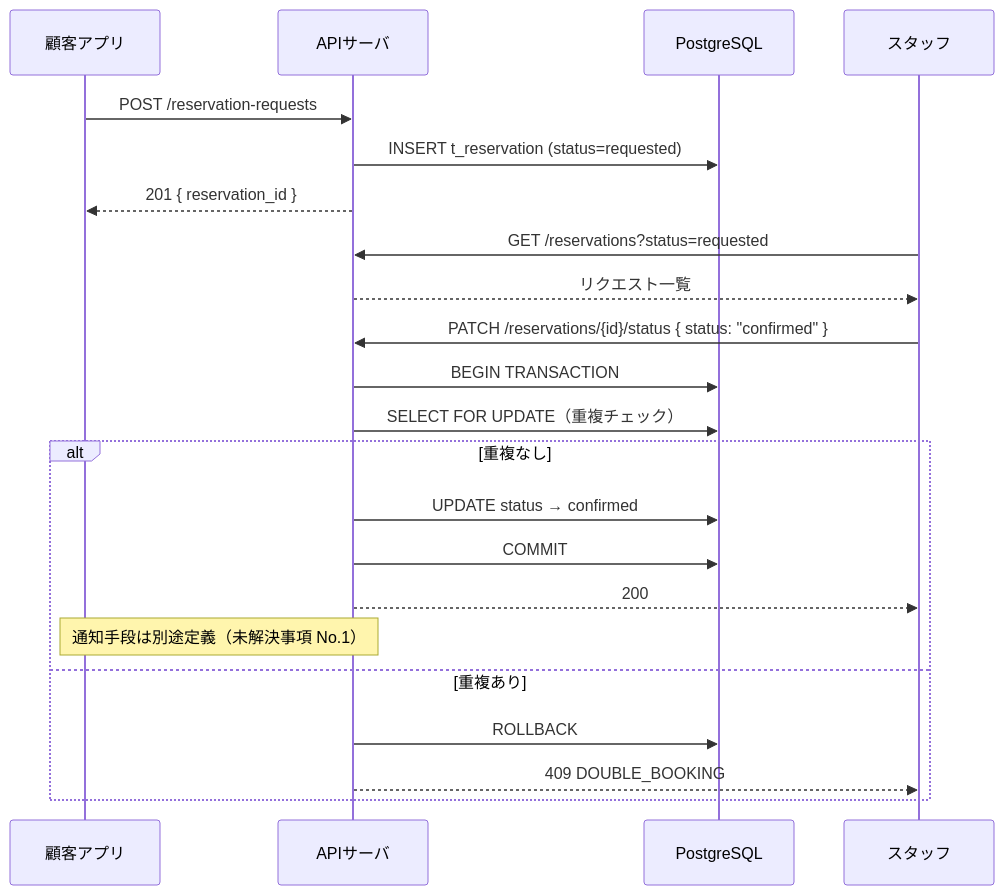
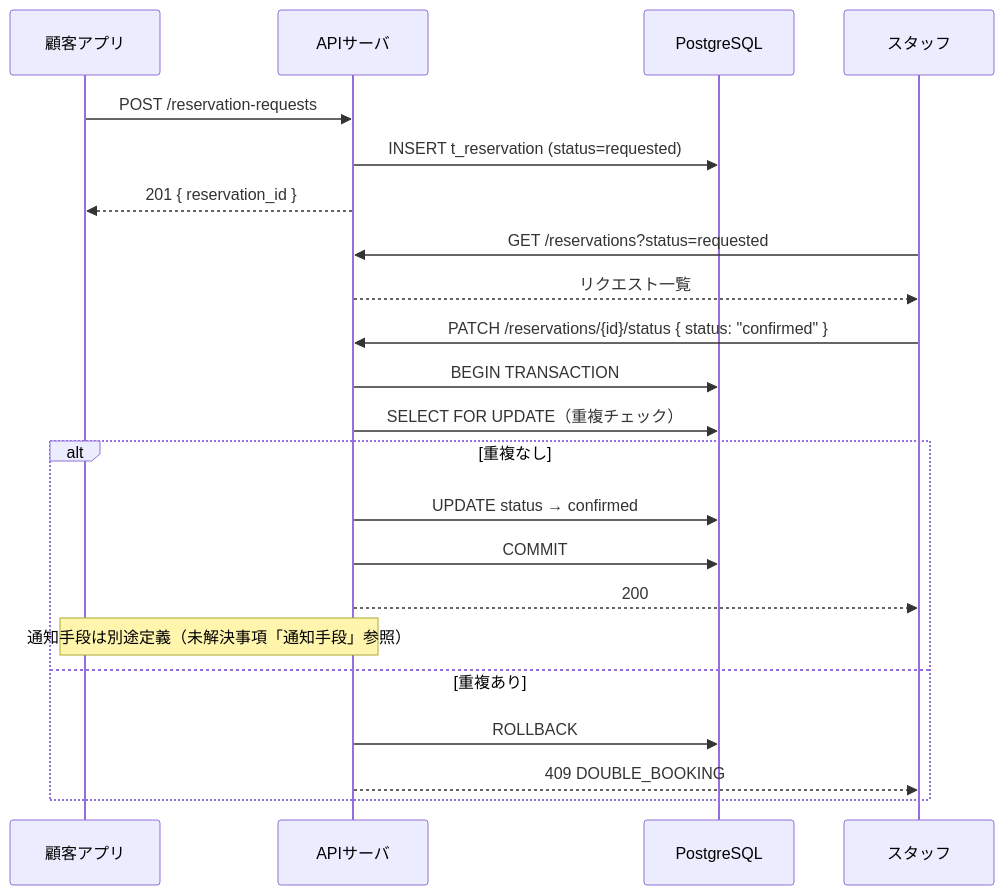
One commit to hachiju88/be-note changed the second of 2 diagrams in docs/予約ロジック設計書.md. Above: the diagram before and after it, drawn with Mermaid. The commit also changed other lines of this file and 3 other files, not shown here.

````diff
--- a/docs/予約ロジック設計書.md
+++ b/docs/予約ロジック設計書.md
@@ -640,27 +639,27 @@
 ```mermaid
 sequenceDiagram
     participant C as 顧客アプリ
     participant API as APIサーバ
     participant DB as PostgreSQL
     participant Staff as スタッフ
 
     C->>API: POST /reservation-requests
     API->>DB: INSERT t_reservation (status=requested)
     API-->>C: 201 { reservation_id }
 
     Staff->>API: GET /reservations?status=requested
     API-->>Staff: リクエスト一覧
 
     Staff->>API: PATCH /reservations/{id}/status { status: "confirmed" }
     API->>DB: BEGIN TRANSACTION
     API->>DB: SELECT FOR UPDATE（重複チェック）
     alt 重複なし
         API->>DB: UPDATE status → confirmed
         API->>DB: COMMIT
         API-->>Staff: 200
-        Note over API,C: 通知手段は別途定義（未解決事項 No.1）
+        Note over API,C: 通知手段は別途定義（未解決事項「通知手段」参照）
     else 重複あり
         API->>DB: ROLLBACK
         API-->>Staff: 409 DOUBLE_BOOKING
     end
 ```
````
